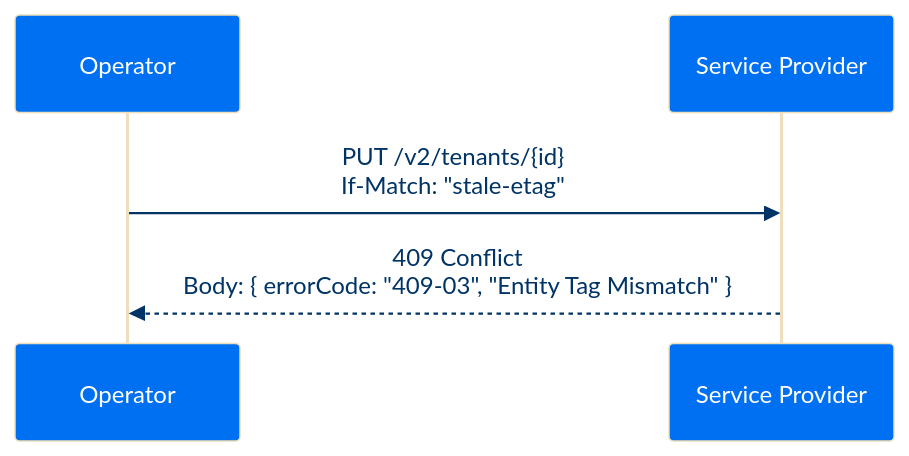
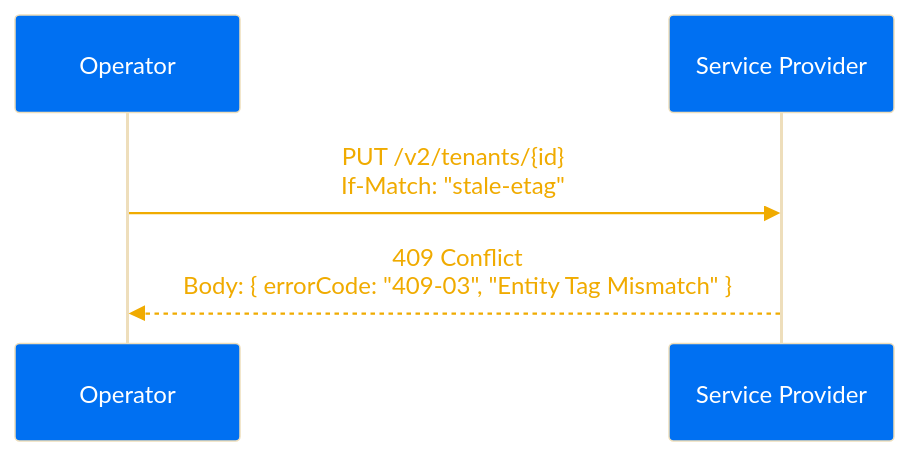
One commit to SAP-samples/SPFI-Reference-Application changed the fifth of 8 diagrams in README.md. Above: the diagram before and after it, drawn with Mermaid. The commit also changed other lines of this file and 1 other file, not shown here.

````diff
--- a/README.md
+++ b/README.md
@@ -248,9 +155,9 @@
 ```mermaid
-%%{init: {'theme': 'base', 'themeVariables': {'actorBkg': '#0070F2', 'actorTextColor': '#ffffff', 'actorBorderColor': '#003366', 'noteBkgColor': '#FFF8E6', 'noteBorderColor': '#F0AB00', 'noteTextColor': '#7A5200', 'activationBkgColor': '#E8F1FB', 'activationBorderColor': '#0070F2', 'signalColor': '#003366', 'signalTextColor': '#003366', 'labelBoxBkgColor': '#E8F1FB', 'labelTextColor': '#003366'}}}%%
+%%{init: {'theme': 'base', 'themeVariables': {'actorBkg': '#0070F2', 'actorTextColor': '#ffffff', 'actorBorderColor': '#003366', 'noteBkgColor': '#FFF8E6', 'noteBorderColor': '#F0AB00', 'noteTextColor': '#7A5200', 'activationBkgColor': '#E8F1FB', 'activationBorderColor': '#0070F2', 'signalColor': '#F0AB00', 'signalTextColor': '#F0AB00', 'labelBoxBkgColor': '#E8F1FB', 'labelTextColor': '#003366'}}}%%
 sequenceDiagram
     participant OP as Operator
     participant SP as Service Provider
 
     OP->>SP: PUT /v2/tenants/{id}<br/>If-Match: "stale-etag"
     SP-->>OP: 409 Conflict<br/>Body: { errorCode: "409-03", "Entity Tag Mismatch" }
 ```
````
